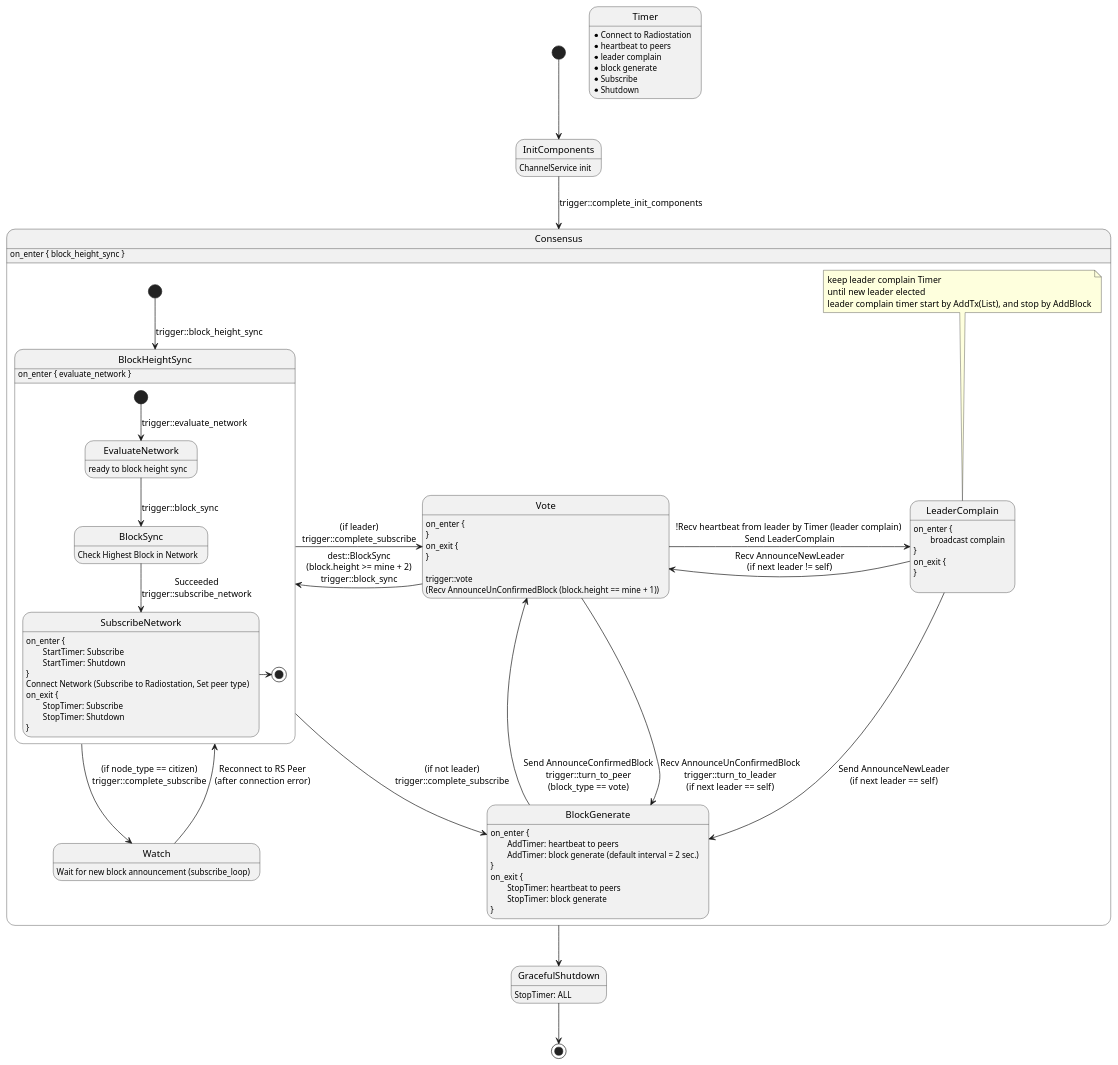
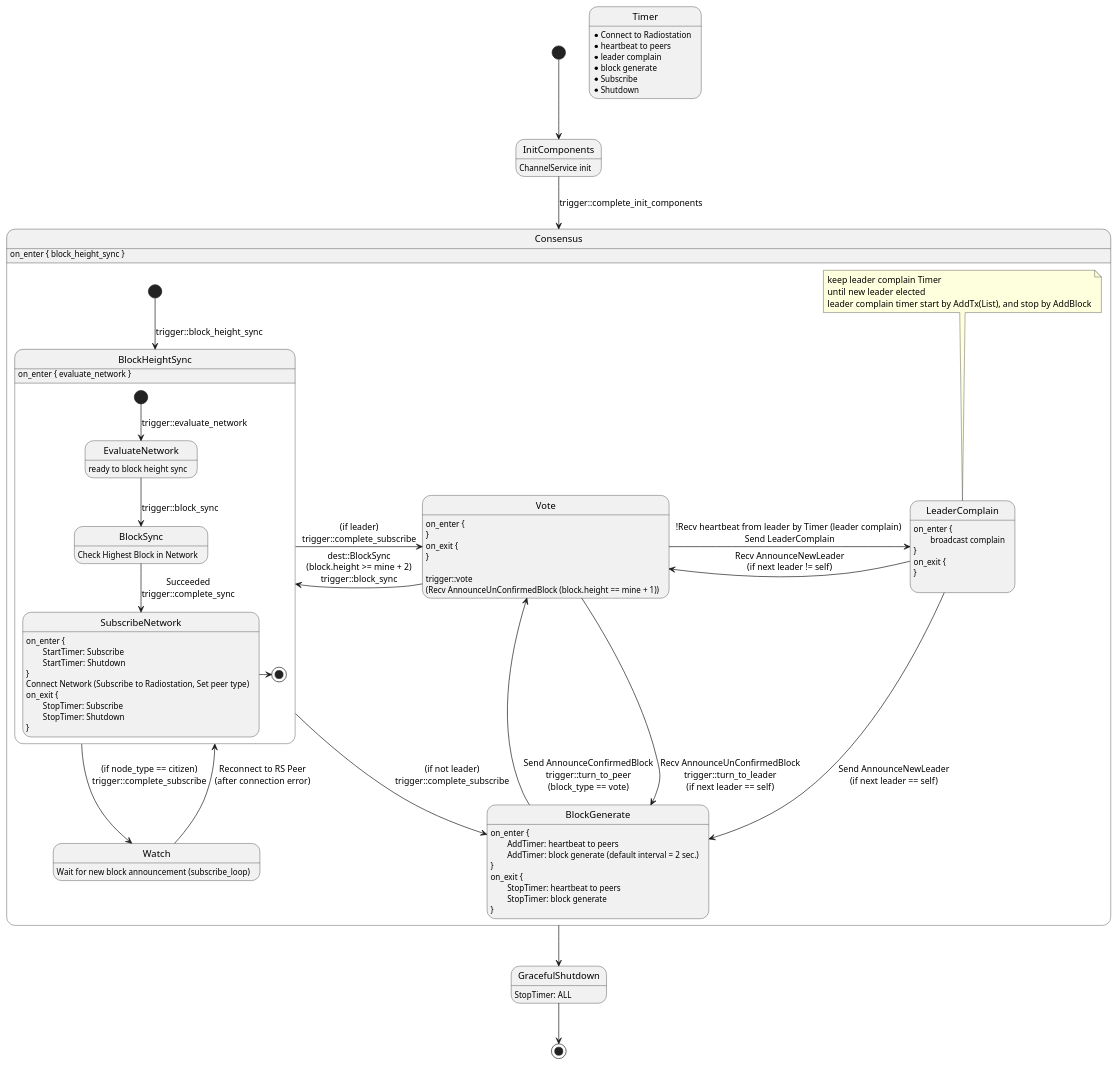
The diagram in docs/8. diagram/state_machine_in_siever.wsd (icon-project/loopchain), drawn with PlantUML before and after one commit. The commit also changed 4 other files, not shown here.

```diff
--- a/docs/8. diagram/state_machine_in_siever.wsd
+++ b/docs/8. diagram/state_machine_in_siever.wsd
@@ -1,88 +1,88 @@
 @startuml State Machine in Siever
 
 [*] --> InitComponents
 InitComponents: ChannelService init
 
 InitComponents --> Consensus : trigger::complete_init_components
 
 state Timer
 Timer: * Connect to Radiostation
 Timer: * heartbeat to peers
 Timer: * leader complain
 Timer: * block generate
 Timer: * Subscribe
 Timer: * Shutdown
 
 state Consensus {
     Consensus: on_enter { block_height_sync }
     [*] --> BlockHeightSync : trigger::block_height_sync
 
     state BlockHeightSync {
         [*] --> EvaluateNetwork : trigger::evaluate_network
 
         EvaluateNetwork: ready to block height sync
         EvaluateNetwork --> BlockSync : \ntrigger::block_sync
         
         BlockSync: Check Highest Block in Network
-        BlockSync --> SubscribeNetwork : Succeeded\ntrigger::subscribe_network
+        BlockSync --> SubscribeNetwork : Succeeded\ntrigger::complete_sync
 
         SubscribeNetwork: on_enter {
         SubscribeNetwork: \tStartTimer: Subscribe
         SubscribeNetwork: \tStartTimer: Shutdown
         SubscribeNetwork:}
         SubscribeNetwork: Connect Network (Subscribe to Radiostation, Set peer type)
         SubscribeNetwork: on_exit {
         SubscribeNetwork: \tStopTimer: Subscribe
         SubscribeNetwork: \tStopTimer: Shutdown
         SubscribeNetwork:}
         SubscribeNetwork -right-> [*]
     }
     BlockHeightSync: on_enter { evaluate_network }
     BlockHeightSync --> BlockGenerate: (if not leader)\ntrigger::complete_subscribe
     BlockHeightSync -> Vote: (if leader)\ntrigger::complete_subscribe
     BlockHeightSync -> Watch: (if node_type == citizen)\ntrigger::complete_subscribe
     
     Watch: Wait for new block announcement (subscribe_loop)
     Watch --> BlockHeightSync: Reconnect to RS Peer\n(after connection error)
     Vote: on_enter {
     Vote: }
     Vote: on_exit {
     Vote: }
     Vote: 
     Vote: trigger::vote\n(Recv AnnounceUnConfirmedBlock (block.height == mine + 1))
     Vote -left-> BlockHeightSync : dest::BlockSync\n(block.height >= mine + 2)\ntrigger::block_sync
     Vote -> BlockGenerate : Recv AnnounceUnConfirmedBlock\ntrigger::turn_to_leader\n(if next leader == self)
     Vote -> LeaderComplain : !Recv heartbeat from leader by Timer (leader complain) \nSend LeaderComplain
 
     BlockGenerate: on_enter {
     BlockGenerate: \tAddTimer: heartbeat to peers
     BlockGenerate: \tAddTimer: block generate (default interval = 2 sec.)
     BlockGenerate: }
     BlockGenerate: on_exit {
     BlockGenerate: \tStopTimer: heartbeat to peers
     BlockGenerate: \tStopTimer: block generate
     BlockGenerate: }
     BlockGenerate -> Vote : Send AnnounceConfirmedBlock\ntrigger::turn_to_peer\n(block_type == vote)
 
     state LeaderComplain
     note top of LeaderComplain
       keep leader complain Timer
       until new leader elected
       leader complain timer start by AddTx(List), and stop by AddBlock
     end note
     LeaderComplain -> Vote : Recv AnnounceNewLeader\n(if next leader != self)
     LeaderComplain --> BlockGenerate : Send AnnounceNewLeader\n(if next leader == self)
     LeaderComplain: on_enter {
     LeaderComplain: \tbroadcast complain
     LeaderComplain: }
     LeaderComplain: on_exit {
     LeaderComplain: }
     LeaderComplain: 
 }
 
 Consensus --> GracefulShutdown
 
 GracefulShutdown: StopTimer: ALL
 GracefulShutdown --> [*]
 
 @enduml
```
